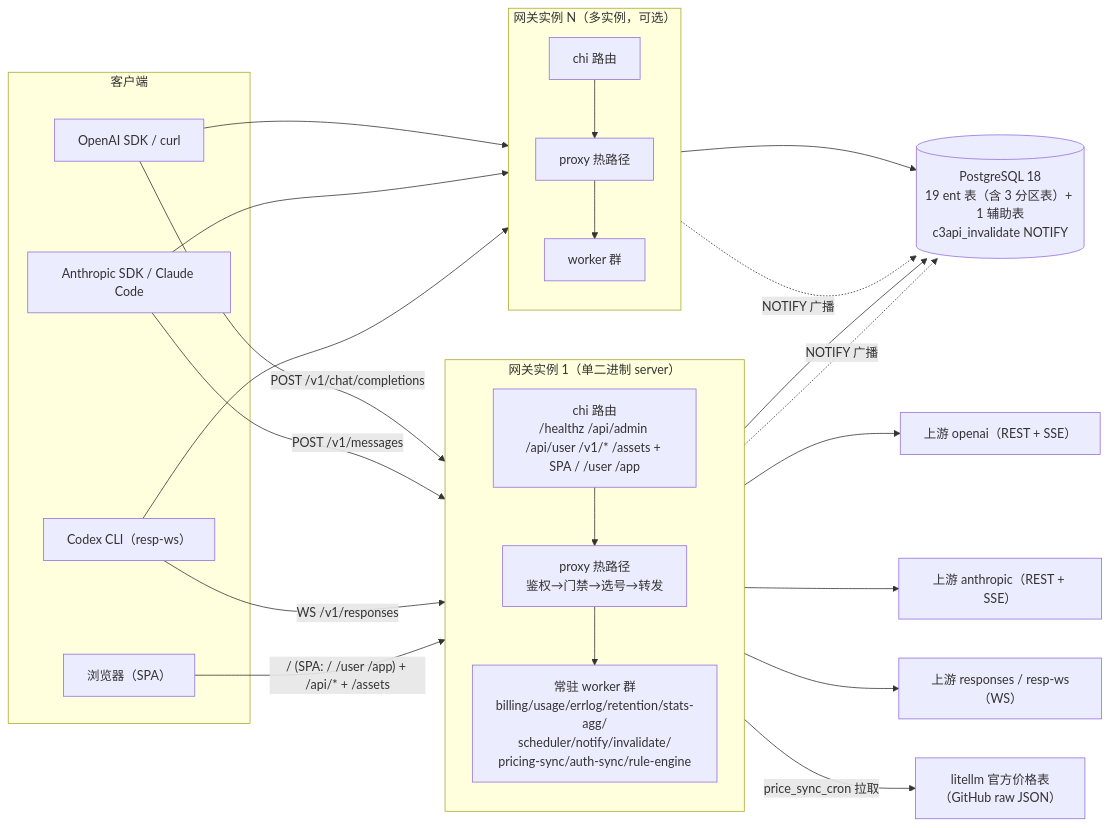
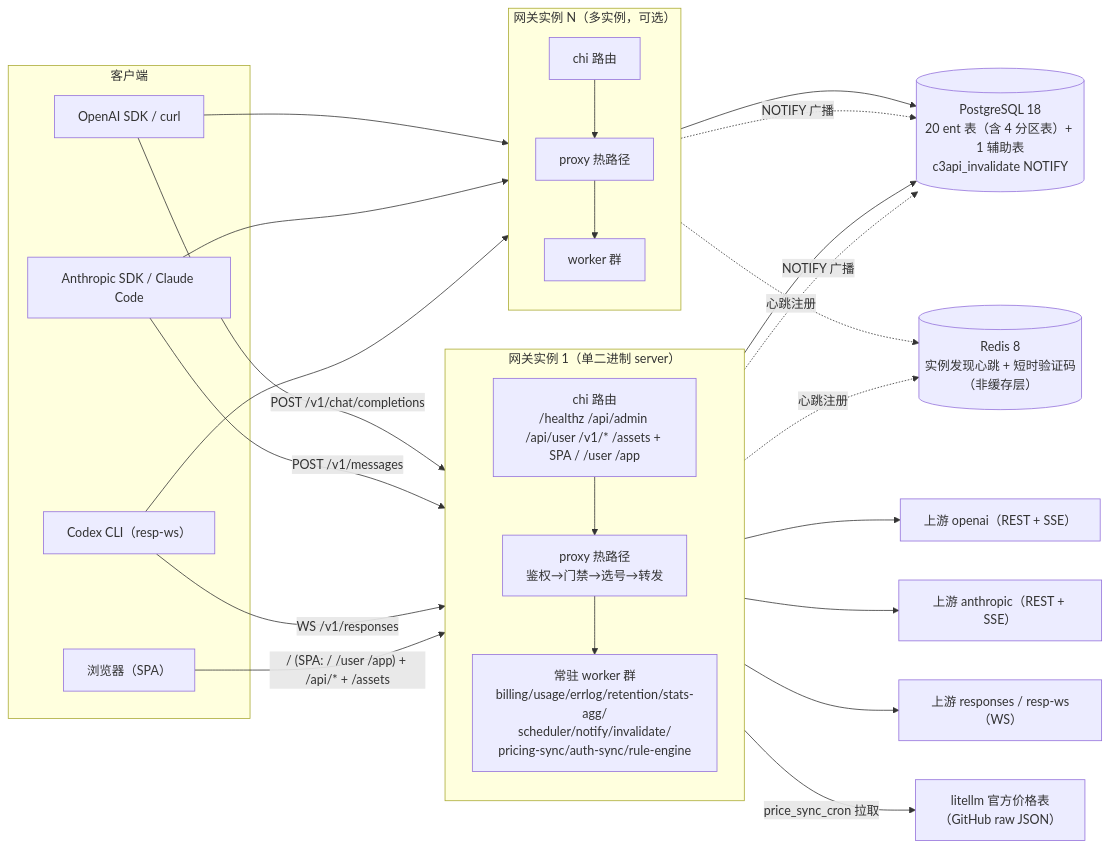
One commit to is7Qin/c3api changed the first of 3 diagrams in docs/architecture-topology.md. Above: the diagram before and after it, drawn with Mermaid. The commit also changed other lines of this file and 4 other files, not shown here.

````diff
--- a/docs/architecture-topology.md
+++ b/docs/architecture-topology.md
@@ -10,47 +10,50 @@
 ```mermaid
 flowchart LR
     subgraph Client["客户端"]
         C1["OpenAI SDK / curl"]
         C2["Anthropic SDK / Claude Code"]
         C3["Codex CLI（resp-ws）"]
         W1["浏览器（SPA）"]
     end
 
     subgraph G1["网关实例 1（单二进制 server）"]
         direction TB
         S["chi 路由<br/>/healthz /api/admin /api/user /v1/* /assets + SPA / /user /app"]
         PX["proxy 热路径<br/>鉴权→门禁→选号→转发"]
         WH["常驻 worker 群<br/>billing/usage/errlog/retention/stats-agg/<br/>scheduler/notify/invalidate/<br/>pricing-sync/auth-sync/rule-engine"]
     end
 
     subgraph G2["网关实例 N（多实例，可选）"]
         direction TB
         S2["chi 路由"]
         PX2["proxy 热路径"]
         WH2["worker 群"]
     end
 
-    PG[("PostgreSQL 18<br/>19 ent 表（含 3 分区表）+ 1 辅助表<br/>c3api_invalidate NOTIFY")]
+    PG[("PostgreSQL 18<br/>20 ent 表（含 4 分区表）+ 1 辅助表<br/>c3api_invalidate NOTIFY")]
+    RD[("Redis 8<br/>实例发现心跳 + 短时验证码<br/>（非缓存层）")]
     UP1["上游 openai（REST + SSE）"]
     UP2["上游 anthropic（REST + SSE）"]
     UP3["上游 responses / resp-ws（WS）"]
     LLM["litellm 官方价格表<br/>（GitHub raw JSON）"]
 
     C1 -->|"POST /v1/chat/completions"| S
     C2 -->|"POST /v1/messages"| S
     C3 -->|"WS /v1/responses"| S
     W1 -->|"/ (SPA: / /user /app) + /api/* + /assets"| S
     C1 --> S2
     C2 --> S2
     C3 --> S2
     S --> PX
     S2 --> PX2
     PX --> UP1 & UP2 & UP3
     PX --> WH
     PX2 --> WH2
     WH --> PG
     WH2 --> PG
     G1 -.NOTIFY 广播.-> PG
     G2 -.NOTIFY 广播.-> PG
+    G1 -.心跳注册.-> RD
+    G2 -.心跳注册.-> RD
     WH -->|"price_sync_cron 拉取"| LLM
 ```
````
